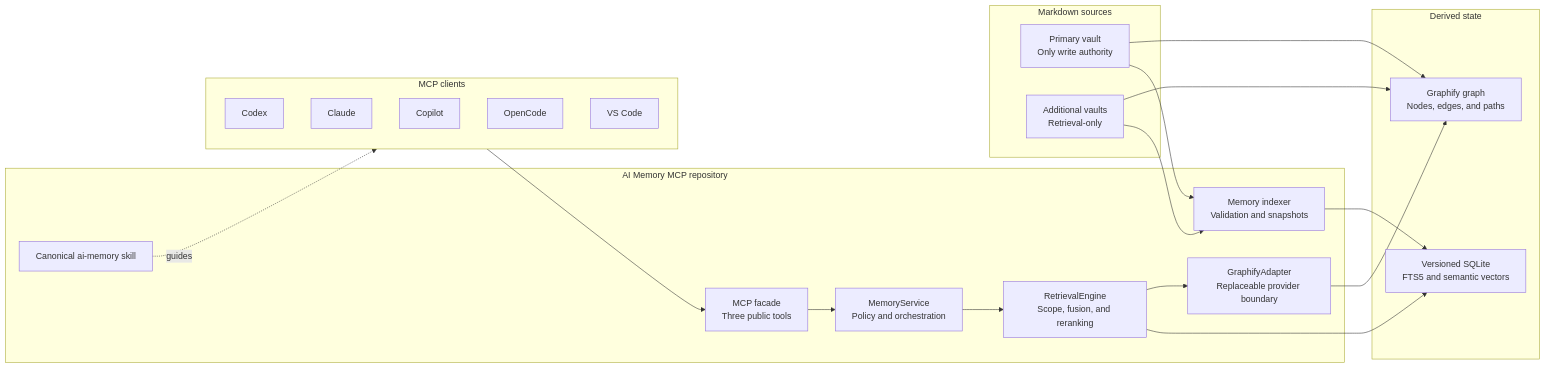
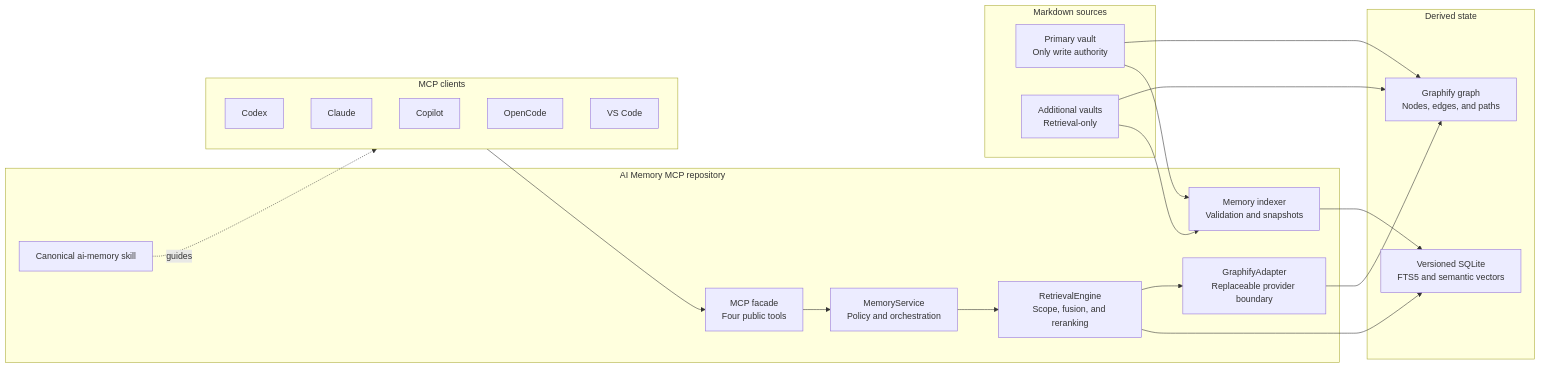
One commit to moorej2400/ai-memory-mcp changed the first of 3 diagrams in README.md. Above: the diagram before and after it, drawn with Mermaid. The commit also changed 1 other file, not shown here.

Commit message:
docs: report four MCP tools

````diff
--- a/README.md
+++ b/README.md
@@ -24,42 +24,42 @@
 ```mermaid
 flowchart LR
     subgraph Clients["MCP clients"]
         Codex[Codex]
         Claude[Claude]
         Copilot[Copilot]
         OpenCode[OpenCode]
         VSCode[VS Code]
     end
 
     subgraph Repository["AI Memory MCP repository"]
-        MCP["MCP facade<br/>Three public tools"]
+        MCP["MCP facade<br/>Four public tools"]
         Service["MemoryService<br/>Policy and orchestration"]
         Retrieval["RetrievalEngine<br/>Scope, fusion, and reranking"]
         Indexer["Memory indexer<br/>Validation and snapshots"]
         Adapter["GraphifyAdapter<br/>Replaceable provider boundary"]
         Skill["Canonical ai-memory skill"]
     end
 
     subgraph Authority["Markdown sources"]
         Primary["Primary vault<br/>Only write authority"]
         Additional["Additional vaults<br/>Retrieval-only"]
     end
 
     subgraph Derived["Derived state"]
         SQLite["Versioned SQLite<br/>FTS5 and semantic vectors"]
         Graph["Graphify graph<br/>Nodes, edges, and paths"]
     end
 
     Clients --> MCP
     MCP --> Service
     Service --> Retrieval
     Retrieval --> SQLite
     Retrieval --> Adapter
     Adapter --> Graph
     Primary --> Indexer
     Additional --> Indexer
     Indexer --> SQLite
     Primary --> Graph
     Additional --> Graph
     Skill -. guides .-> Clients
 ```
````
